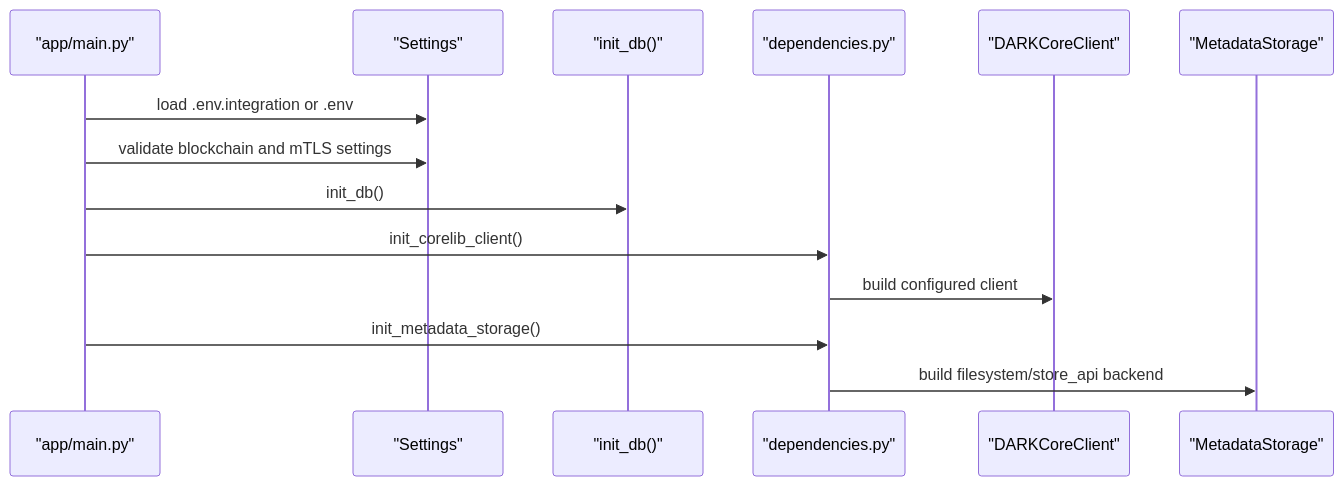
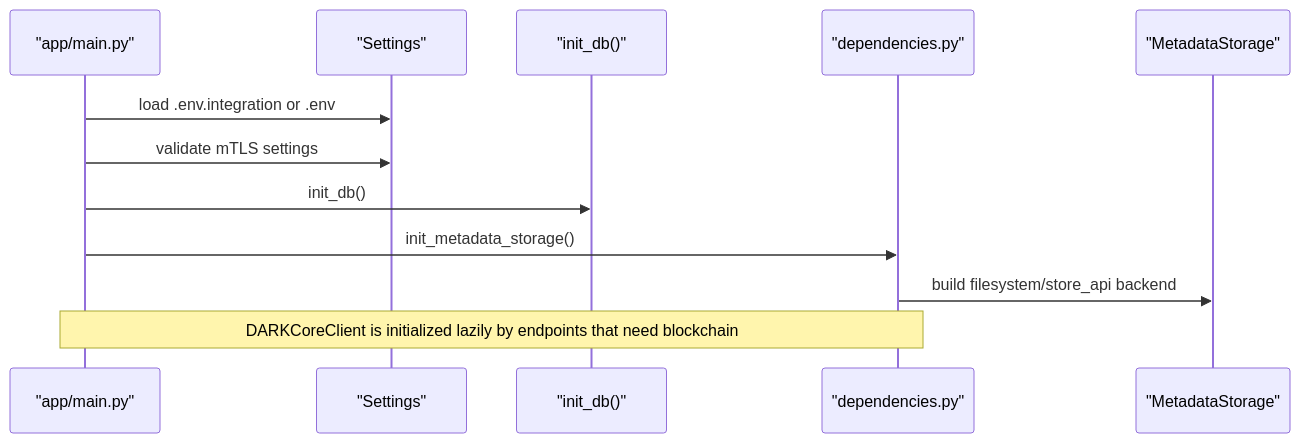
One commit to LA-Referencia-IOI/dark-core-minter-api changed the second of 12 diagrams in minter-architecture.md. Above: the diagram before and after it, drawn with Mermaid. The commit also changed other lines of this file and 42 other files, not shown here.

````diff
--- a/minter-architecture.md
+++ b/minter-architecture.md
@@ -91,17 +95,15 @@
 ```mermaid
 sequenceDiagram
     participant Main as "app/main.py"
     participant Config as "Settings"
     participant DB as "init_db()"
     participant Deps as "dependencies.py"
-    participant Core as "DARKCoreClient"
     participant Store as "MetadataStorage"
 
     Main->>Config: load .env.integration or .env
-    Main->>Config: validate blockchain and mTLS settings
+    Main->>Config: validate mTLS settings
     Main->>DB: init_db()
-    Main->>Deps: init_corelib_client()
-    Deps->>Core: build configured client
     Main->>Deps: init_metadata_storage()
     Deps->>Store: build filesystem/store_api backend
+    Note over Main,Deps: DARKCoreClient is initialized lazily by endpoints that need blockchain
 ```
````
